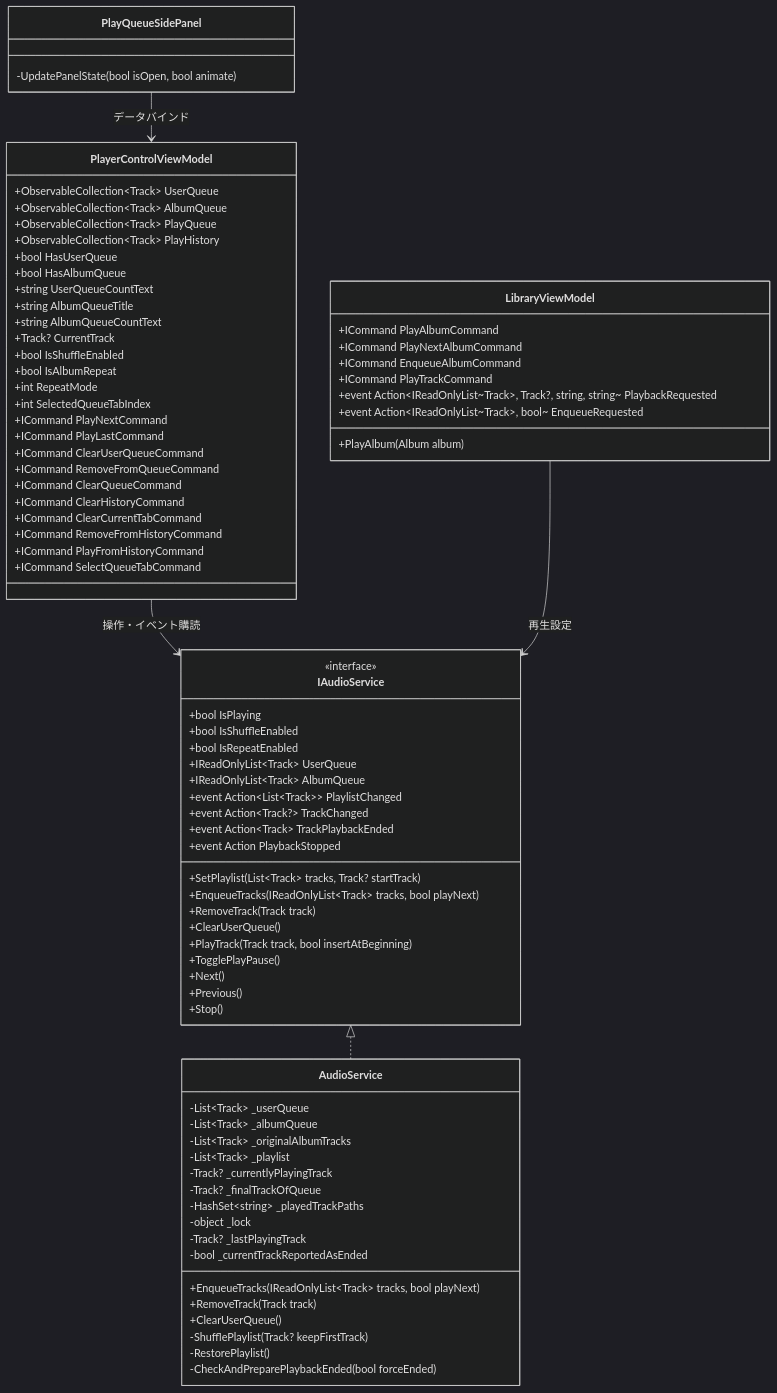
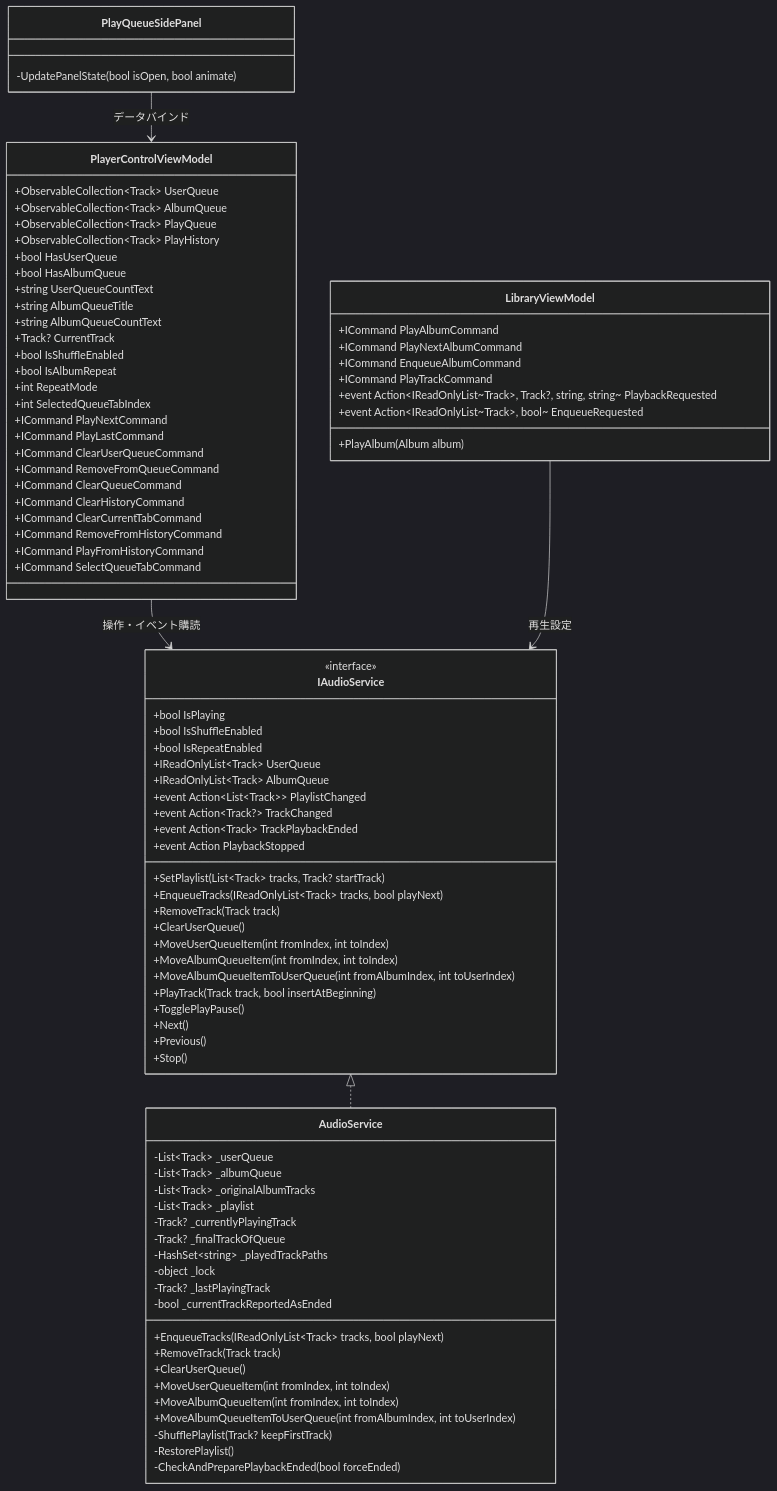
Before and after one commit to taketonnbo/Audio_Effector: the first of 4 diagrams in 設計/詳細設計/再生キュー.md, drawn with Mermaid (dark theme). The commit also changed other lines of this file and 3 other files, not shown here.

```diff
--- a/設計/詳細設計/再生キュー.md
+++ b/設計/詳細設計/再生キュー.md
@@ -30,6 +30,9 @@
         +EnqueueTracks(IReadOnlyList~Track~ tracks, bool playNext)
         +RemoveTrack(Track track)
         +ClearUserQueue()
+        +MoveUserQueueItem(int fromIndex, int toIndex)
+        +MoveAlbumQueueItem(int fromIndex, int toIndex)
+        +MoveAlbumQueueItemToUserQueue(int fromAlbumIndex, int toUserIndex)
         +PlayTrack(Track track, bool insertAtBeginning)
         +TogglePlayPause()
         +Next()
@@ -51,6 +54,9 @@
         +EnqueueTracks(IReadOnlyList~Track~ tracks, bool playNext)
         +RemoveTrack(Track track)
         +ClearUserQueue()
+        +MoveUserQueueItem(int fromIndex, int toIndex)
+        +MoveAlbumQueueItem(int fromIndex, int toIndex)
+        +MoveAlbumQueueItemToUserQueue(int fromAlbumIndex, int toUserIndex)
         -ShufflePlaylist(Track? keepFirstTrack)
         -RestorePlaylist()
         -CheckAndPreparePlaybackEnded(bool forceEnded)
```
